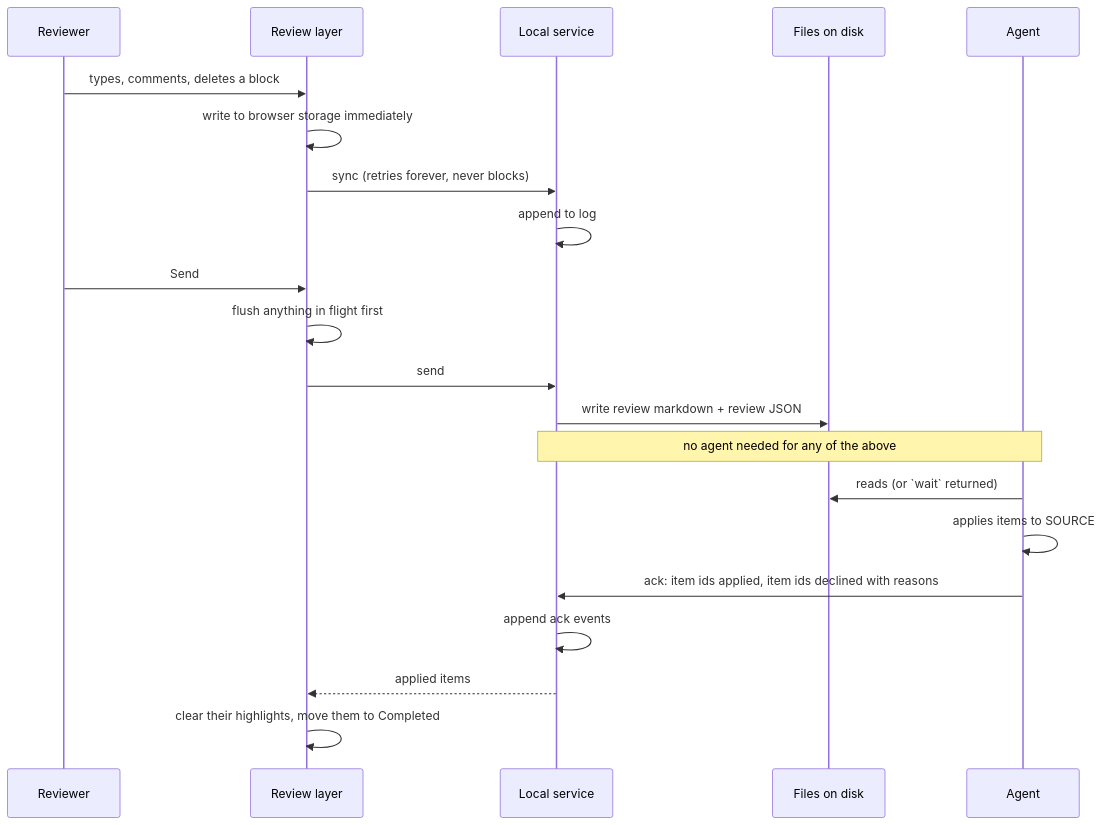
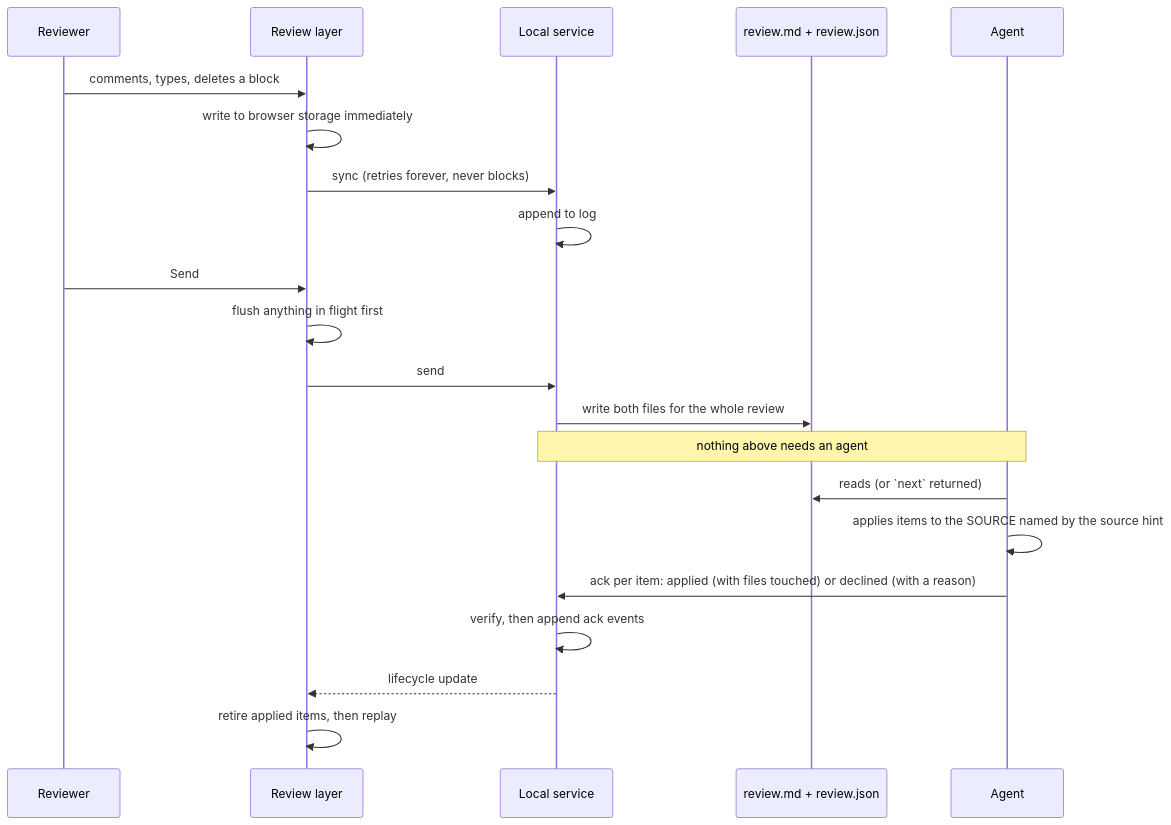
The third of 4 diagrams in docs/features/20260812.01_live_agentic_html_editor/02_architecture_live_agentic_html_editor.md (kenxle/live-agentic-html-editor), drawn with Mermaid before and after one commit. The commit also changed other lines of this file and 1 other file, not shown here.

Commit message:
Architecture: rewrite for both reviews, replay laws, auth, injection contract, source hints

````diff
--- a/docs/features/20260812.01_live_agentic_html_editor/02_architecture_live_agentic_html_editor.md
+++ b/docs/features/20260812.01_live_agentic_html_editor/02_architecture_live_agentic_html_editor.md
@@ -183,24 +266,24 @@
 ```mermaid
 sequenceDiagram
     participant R as Reviewer
     participant L as Review layer
     participant S as Local service
-    participant F as Files on disk
+    participant F as review.md + review.json
     participant A as Agent
 
-    R->>L: types, comments, deletes a block
+    R->>L: comments, types, deletes a block
     L->>L: write to browser storage immediately
     L->>S: sync (retries forever, never blocks)
     S->>S: append to log
     R->>L: Send
     L->>L: flush anything in flight first
     L->>S: send
-    S->>F: write review markdown + review JSON
-    Note over S,A: no agent needed for any of the above
-    A->>F: reads (or `wait` returned)
-    A->>A: applies items to SOURCE
-    A->>S: ack: item ids applied, item ids declined with reasons
-    S->>S: append ack events
-    S-->>L: applied items
-    L->>L: clear their highlights, move them to Completed
+    S->>F: write both files for the whole review
+    Note over S,A: nothing above needs an agent
+    A->>F: reads (or `next` returned)
+    A->>A: applies items to the SOURCE named by the source hint
+    A->>S: ack per item: applied (with files touched) or declined (with a reason)
+    S->>S: verify, then append ack events
+    S-->>L: lifecycle update
+    L->>L: retire applied items, then replay
 ```
````
